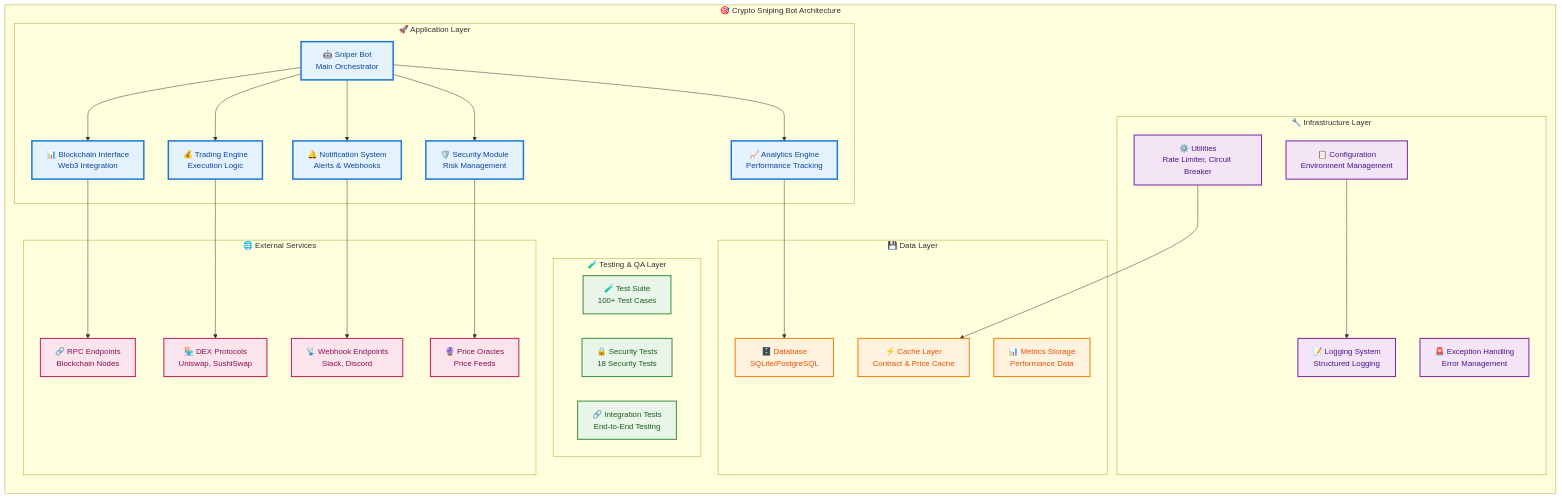
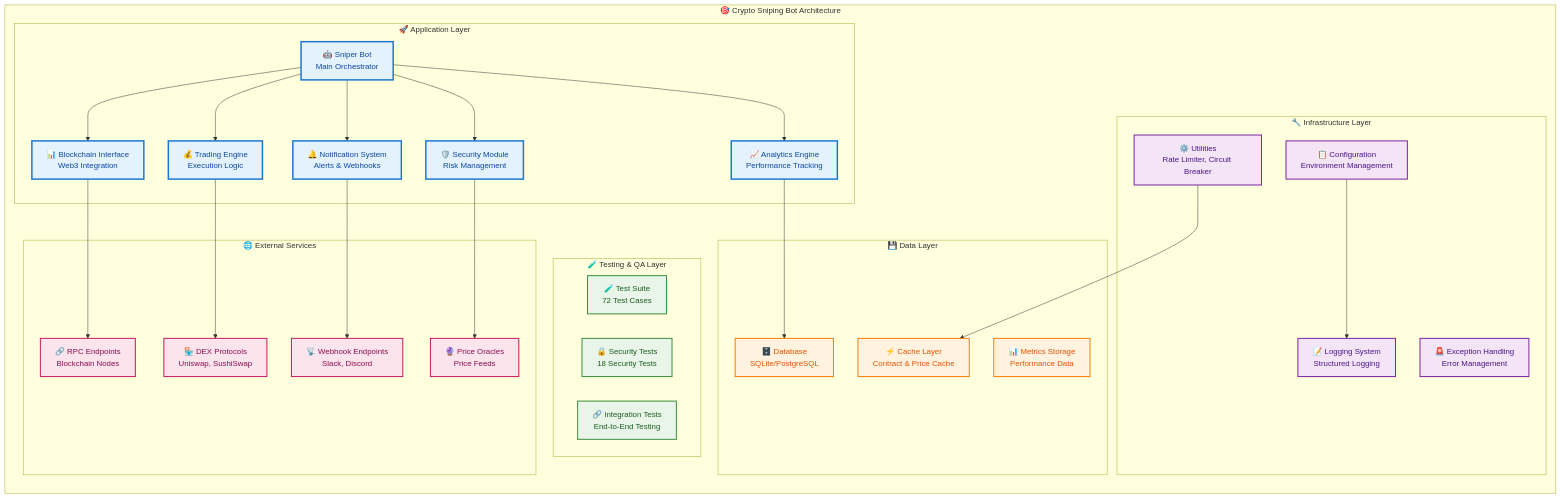
Before and after one commit to aljazfrancic/crypto-sniping-bot: the diagram in docs/architecture.md, drawn with Mermaid. The commit also changed 8 other files, not shown here.

Commit message:
\Cross-reference and fix all markdown documentation: Update test counts (72 tests, 48% coverage), fix GitHub URLs, correct file paths, and ensure consistency across all docs\

````diff
--- a/docs/architecture.md
+++ b/docs/architecture.md
@@ -16,63 +16,63 @@
 ```mermaid
 graph TB
     subgraph "🎯 Crypto Sniping Bot Architecture"
         direction TB
 
         subgraph "🚀 Application Layer"
             SNIPER["🤖 Sniper Bot<br/>Main Orchestrator"]
             SNIPER --> BLOCKCHAIN["📊 Blockchain Interface<br/>Web3 Integration"]
             SNIPER --> TRADING["💰 Trading Engine<br/>Execution Logic"]
             SNIPER --> SECURITY["🛡️ Security Module<br/>Risk Management"]
             SNIPER --> ANALYTICS["📈 Analytics Engine<br/>Performance Tracking"]
             SNIPER --> NOTIFICATIONS["🔔 Notification System<br/>Alerts & Webhooks"]
         end
 
         subgraph "🔧 Infrastructure Layer"
             UTILS["⚙️ Utilities<br/>Rate Limiter, Circuit Breaker"]
             CONFIG["📋 Configuration<br/>Environment Management"]
             EXCEPTIONS["🚨 Exception Handling<br/>Error Management"]
             LOGGING["📝 Logging System<br/>Structured Logging"]
         end
 
         subgraph "🧪 Testing & QA Layer"
-            TESTS["🧪 Test Suite<br/>100+ Test Cases"]
+            TESTS["🧪 Test Suite<br/>72 Test Cases"]
             SECURITY_TESTS["🔒 Security Tests<br/>18 Security Tests"]
             INTEGRATION_TESTS["🔗 Integration Tests<br/>End-to-End Testing"]
         end
 
         subgraph "💾 Data Layer"
             DATABASE["🗄️ Database<br/>SQLite/PostgreSQL"]
             CACHE["⚡ Cache Layer<br/>Contract & Price Cache"]
             METRICS["📊 Metrics Storage<br/>Performance Data"]
         end
 
         subgraph "🌐 External Services"
             RPC["🔗 RPC Endpoints<br/>Blockchain Nodes"]
             DEXES["🏪 DEX Protocols<br/>Uniswap, SushiSwap"]
             WEBHOOKS["📡 Webhook Endpoints<br/>Slack, Discord"]
             ORACLES["🔮 Price Oracles<br/>Price Feeds"]
         end
     end
 
     %% Connections
     BLOCKCHAIN --> RPC
     TRADING --> DEXES
     NOTIFICATIONS --> WEBHOOKS
     ANALYTICS --> DATABASE
     SECURITY --> ORACLES
     UTILS --> CACHE
     CONFIG --> LOGGING
 
     %% Styling
     classDef appLayer fill:#e3f2fd,stroke:#1976d2,stroke-width:3px,color:#0d47a1
     classDef infraLayer fill:#f3e5f5,stroke:#7b1fa2,stroke-width:2px,color:#4a148c
     classDef testLayer fill:#e8f5e8,stroke:#388e3c,stroke-width:2px,color:#1b5e20
     classDef dataLayer fill:#fff3e0,stroke:#f57c00,stroke-width:2px,color:#e65100
     classDef externalLayer fill:#fce4ec,stroke:#c2185b,stroke-width:2px,color:#880e4f
 
     class SNIPER,BLOCKCHAIN,TRADING,SECURITY,ANALYTICS,NOTIFICATIONS appLayer
     class UTILS,CONFIG,EXCEPTIONS,LOGGING infraLayer
     class TESTS,SECURITY_TESTS,INTEGRATION_TESTS testLayer
     class DATABASE,CACHE,METRICS dataLayer
     class RPC,DEXES,WEBHOOKS,ORACLES externalLayer
 ```
````
